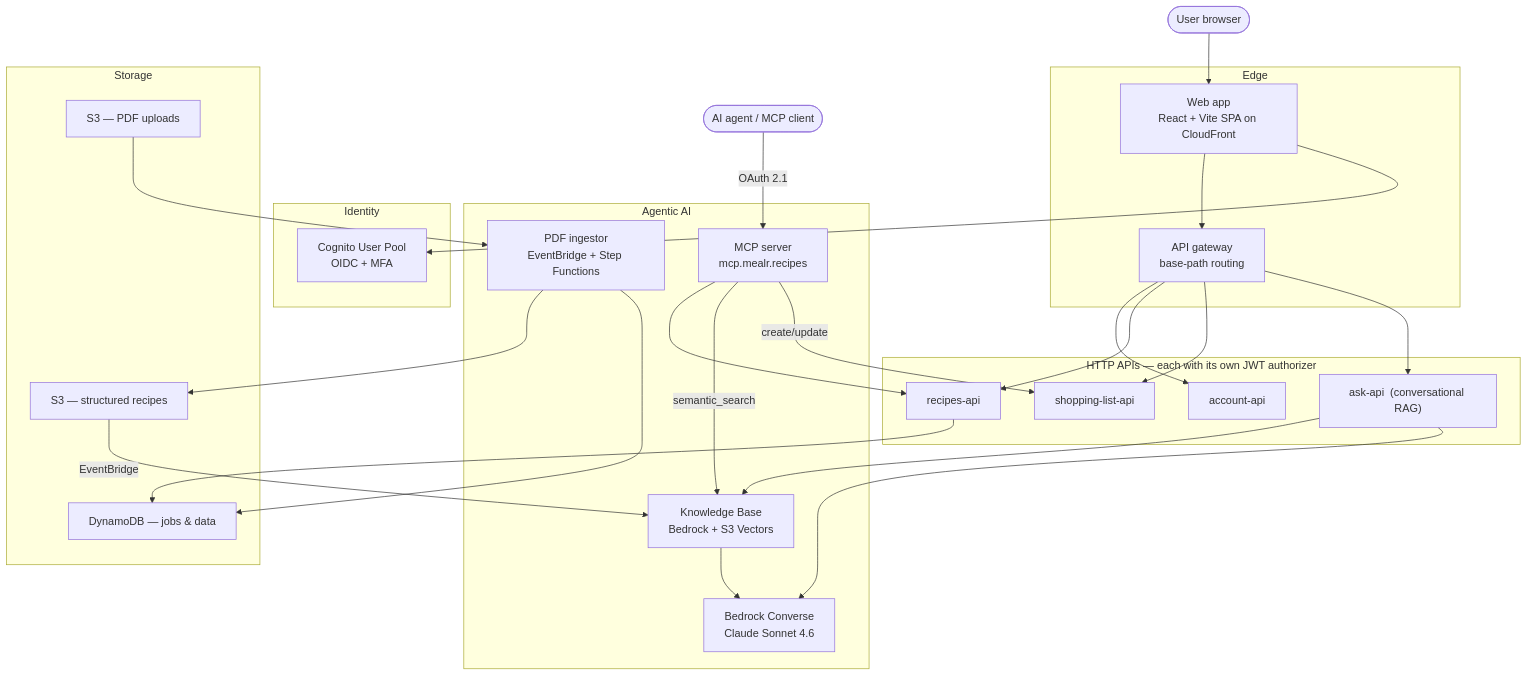
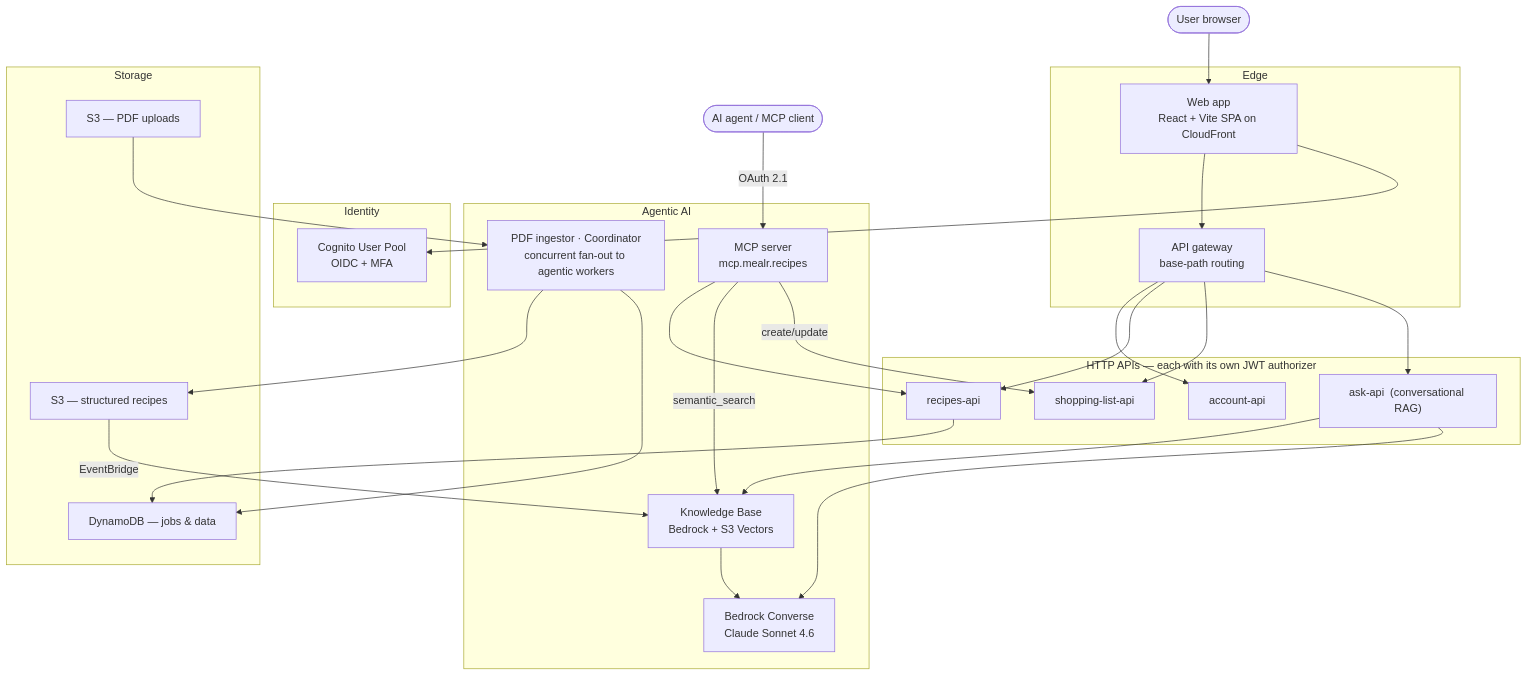
One commit to dbryant4/mealr-case-study changed the diagram in README.md. Above: the diagram before and after it, drawn with Mermaid.

Commit message:
README mermaid: reflect Coordinator fan-out to agentic workers

````diff
--- a/README.md
+++ b/README.md
@@ -74,49 +74,49 @@
 ```mermaid
 flowchart TB
   user(["User browser"])
 
   subgraph edge ["Edge"]
     web["Web app<br/>React + Vite SPA on CloudFront"]
     gw["API gateway<br/>base-path routing"]
   end
 
   subgraph identity ["Identity"]
     cognito["Cognito User Pool<br/>OIDC + MFA"]
   end
 
   subgraph apis ["HTTP APIs — each with its own JWT authorizer"]
     account["account-api"]
     recipes["recipes-api"]
     shopping["shopping-list-api"]
     ask["ask-api  (conversational RAG)"]
   end
 
   subgraph ai ["Agentic AI"]
     kb["Knowledge Base<br/>Bedrock + S3 Vectors"]
     bedrock["Bedrock Converse<br/>Claude Sonnet 4.6"]
-    ingest["PDF ingestor<br/>EventBridge + Step Functions"]
+    ingest["PDF ingestor · Coordinator<br/>concurrent fan-out to agentic workers"]
     mcp["MCP server<br/>mcp.mealr.recipes"]
   end
 
   agent(["AI agent / MCP client"])
 
   subgraph data ["Storage"]
     s3in["S3 — PDF uploads"]
     s3out["S3 — structured recipes"]
     ddb["DynamoDB — jobs & data"]
   end
 
   user --> web --> gw
   web --> cognito
   gw --> account & recipes & shopping & ask
   s3in --> ingest --> s3out
   s3out -- EventBridge --> kb
   ask --> kb --> bedrock
   ask --> bedrock
   agent -- OAuth 2.1 --> mcp
   mcp --> recipes
   mcp -- semantic_search --> kb
   mcp -- create/update --> shopping
   recipes --> ddb
   ingest --> ddb
 ```
````
